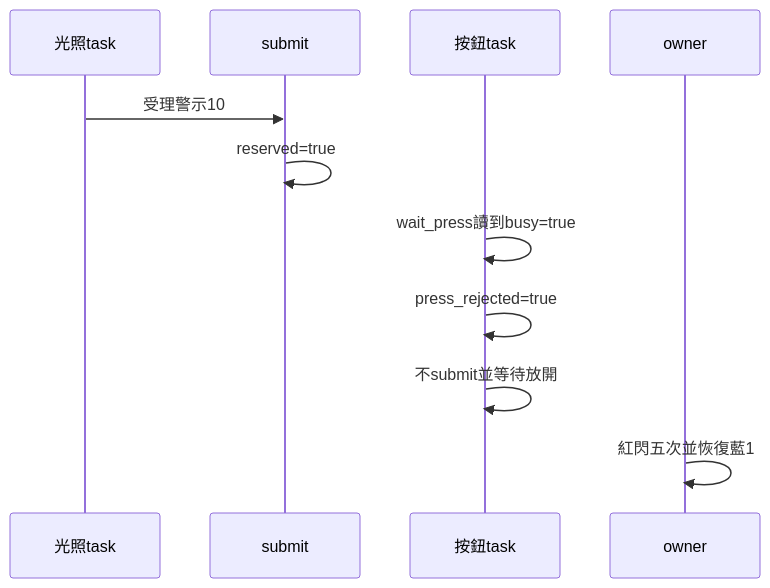
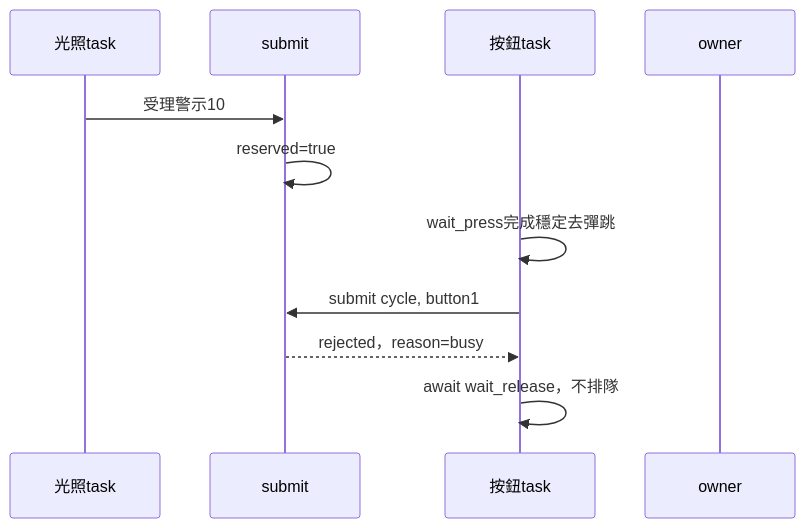
Before and after one commit to change918418-tech/IoT_Course: the tenth of 21 diagrams in LED_SINGLE_OWNER_GUIDE.md, drawn with Mermaid. The commit also changed other lines of this file and 2 other files, not shown here.

````diff
--- a/LED_SINGLE_OWNER_GUIDE.md
+++ b/LED_SINGLE_OWNER_GUIDE.md
@@ -639,13 +639,13 @@
 ```mermaid
 sequenceDiagram
     participant Light as 光照task
     participant Entry as submit
     participant Button as 按鈕task
     participant Owner as owner
     Light->>Entry: 受理警示10
     Entry->>Entry: reserved=true
-    Button->>Button: wait_press讀到busy=true
-    Button->>Button: press_rejected=true
-    Button->>Button: 不submit並等待放開
-    Owner->>Owner: 紅閃五次並恢復藍1
+    Button->>Button: wait_press完成穩定去彈跳
+    Button->>Entry: submit cycle, button1
+    Entry-->>Button: rejected，reason=busy
+    Button->>Button: await wait_release，不排隊
 ```
````
